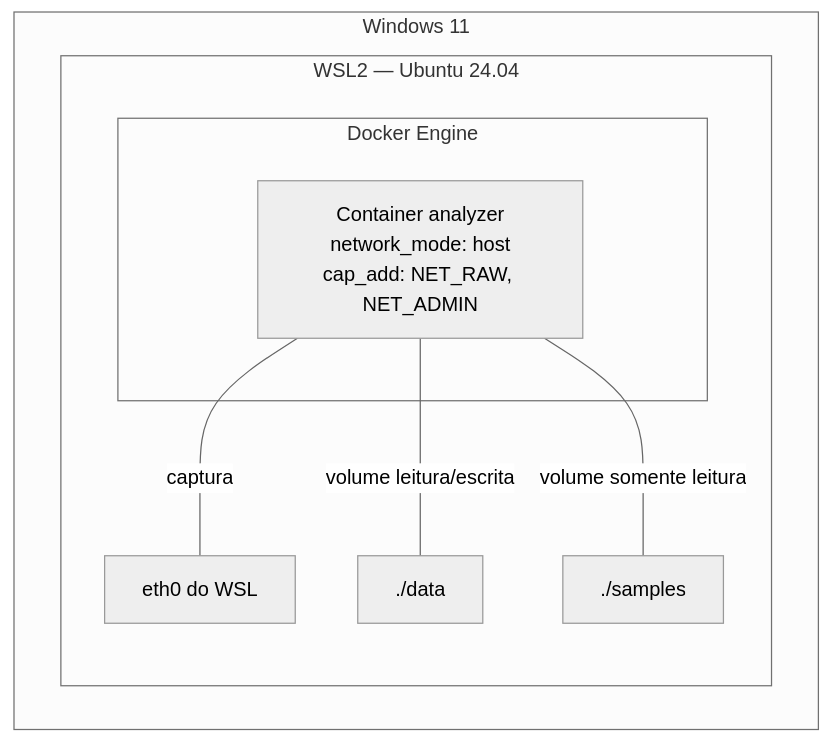
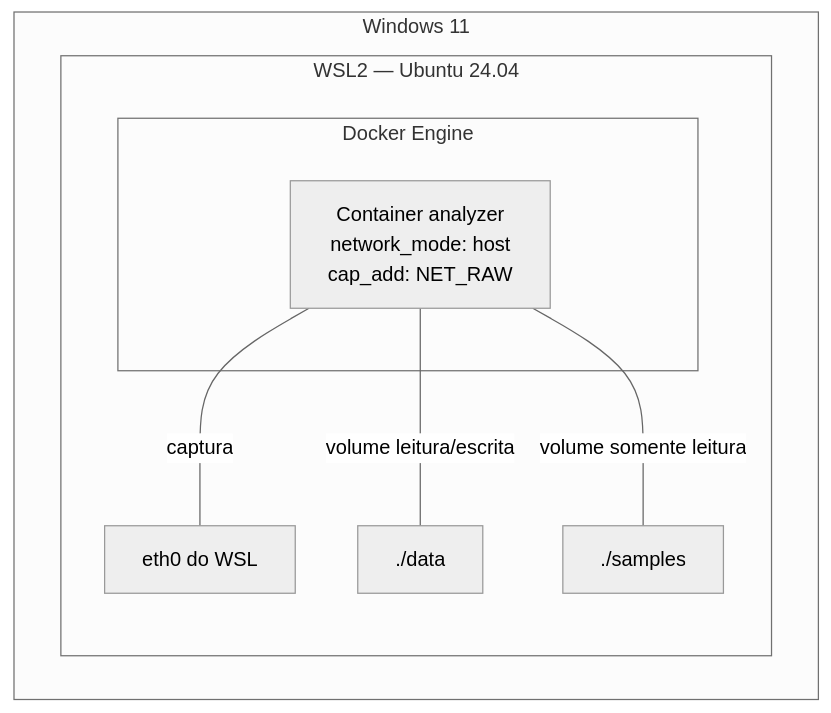
One commit to brunodrapalski-hue/Analizador-de-trafego changed the fourth of 4 diagrams in docs/arquitetura.md. Above: the diagram before and after it, drawn with Mermaid (neutral theme). The commit also changed other lines of this file and 21 other files, not shown here.

````diff
--- a/docs/arquitetura.md
+++ b/docs/arquitetura.md
@@ -98,16 +98,16 @@
 ```mermaid
 flowchart TB
     subgraph Windows["Windows 11"]
         subgraph WSL["WSL2 — Ubuntu 24.04"]
             subgraph Docker["Docker Engine"]
-                C["Container analyzer<br/>network_mode: host<br/>cap_add: NET_RAW, NET_ADMIN"]
+                C["Container analyzer<br/>network_mode: host<br/>cap_add: NET_RAW"]
             end
             NIC[eth0 do WSL]
             V1[./data]
             V2[./samples]
         end
     end
     C ---|captura| NIC
     C ---|volume leitura/escrita| V1
     C ---|volume somente leitura| V2
 ```
````
